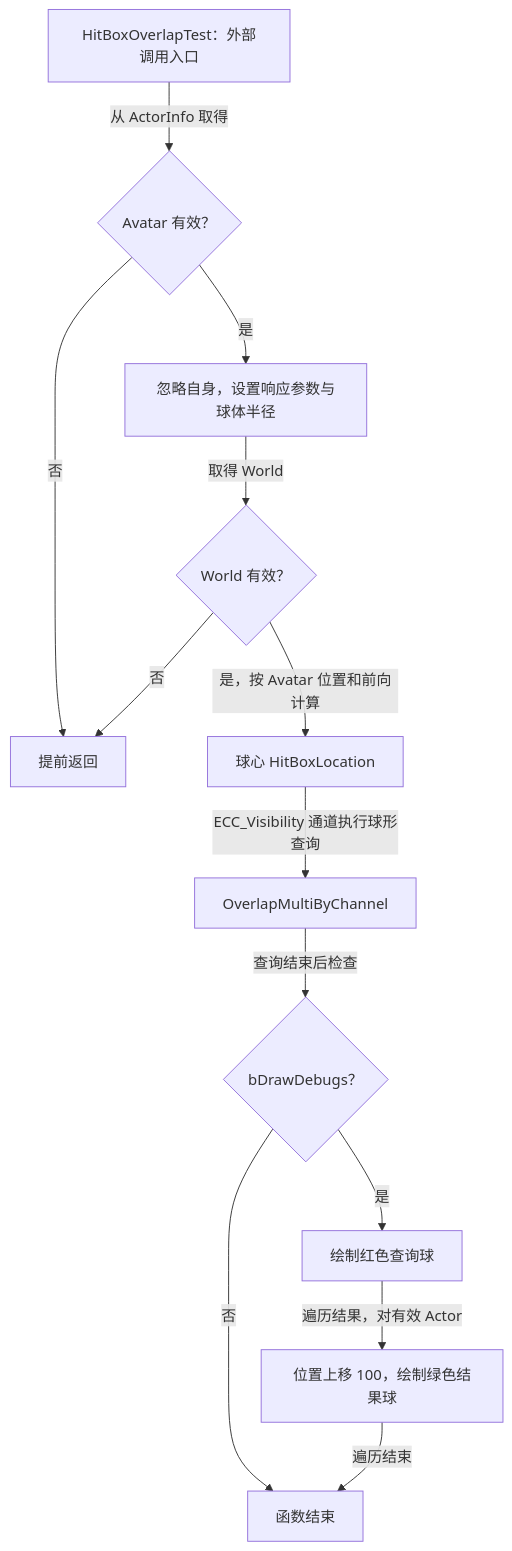
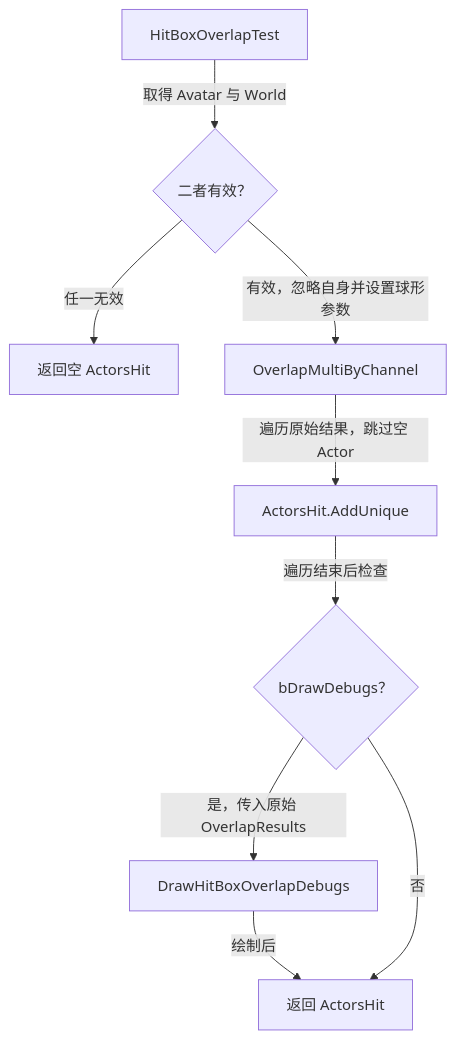
Before and after one commit to xue1ong/GAS_StudyNotes: the first of 2 diagrams in AbilitySystem/Primary.md, drawn with Mermaid. The commit also changed other lines of this file and 12 other files, not shown here.

````diff
--- a/AbilitySystem/Primary.md
+++ b/AbilitySystem/Primary.md
@@ -51,15 +63,11 @@
 ```mermaid
 flowchart TD
-    entry["HitBoxOverlapTest：外部调用入口"] -->|"从 ActorInfo 取得"| avatar{"Avatar 有效？"}
-    avatar -->|"否"| earlyReturn["提前返回"]
-    avatar -->|"是"| params["忽略自身，设置响应参数与球体半径"]
-    params -->|"取得 World"| world{"World 有效？"}
-    world -->|"否"| earlyReturn
-    world -->|"是，按 Avatar 位置和前向计算"| center["球心 HitBoxLocation"]
-    center -->|"ECC_Visibility 通道执行球形查询"| overlap["OverlapMultiByChannel"]
-    overlap -->|"查询结束后检查"| debug{"bDrawDebugs？"}
-    debug -->|"否"| done["函数结束"]
-    debug -->|"是"| red["绘制红色查询球"]
-    red -->|"遍历结果，对有效 Actor"| green["位置上移 100，绘制绿色结果球"]
-    green -->|"遍历结束"| done
+    entry["HitBoxOverlapTest"] -->|"取得 Avatar 与 World"| valid{"二者有效？"}
+    valid -->|"任一无效"| empty["返回空 ActorsHit"]
+    valid -->|"有效，忽略自身并设置球形参数"| overlap["OverlapMultiByChannel"]
+    overlap -->|"遍历原始结果，跳过空 Actor"| unique["ActorsHit.AddUnique"]
+    unique -->|"遍历结束后检查"| debug{"bDrawDebugs？"}
+    debug -->|"是，传入原始 OverlapResults"| draw["DrawHitBoxOverlapDebugs"]
+    draw -->|"绘制后"| result["返回 ActorsHit"]
+    debug -->|"否"| result
 ```
````
